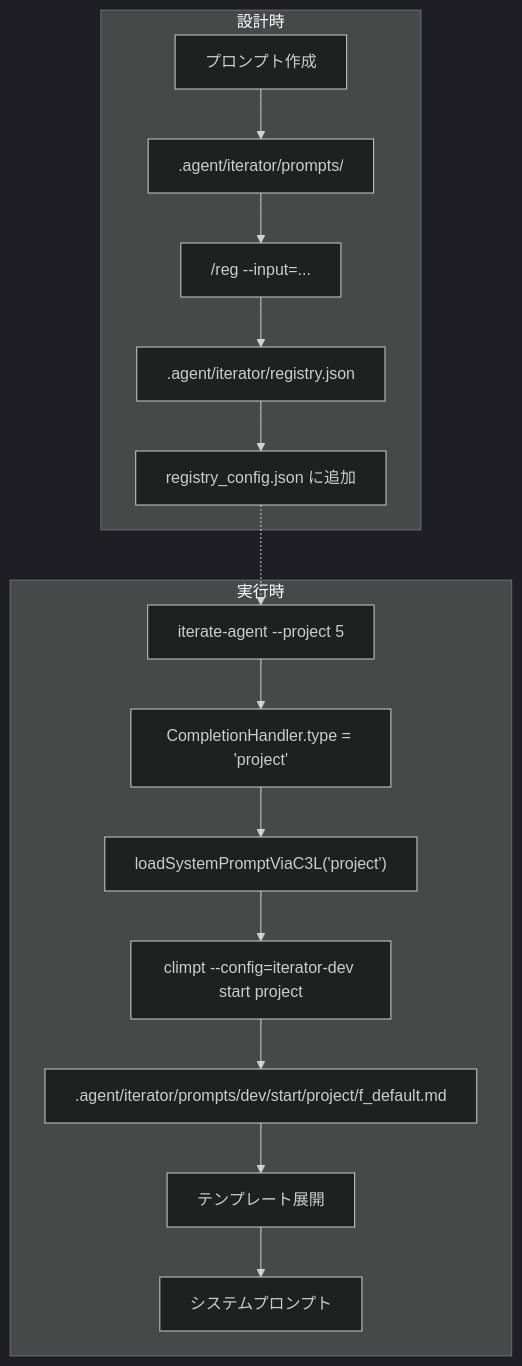
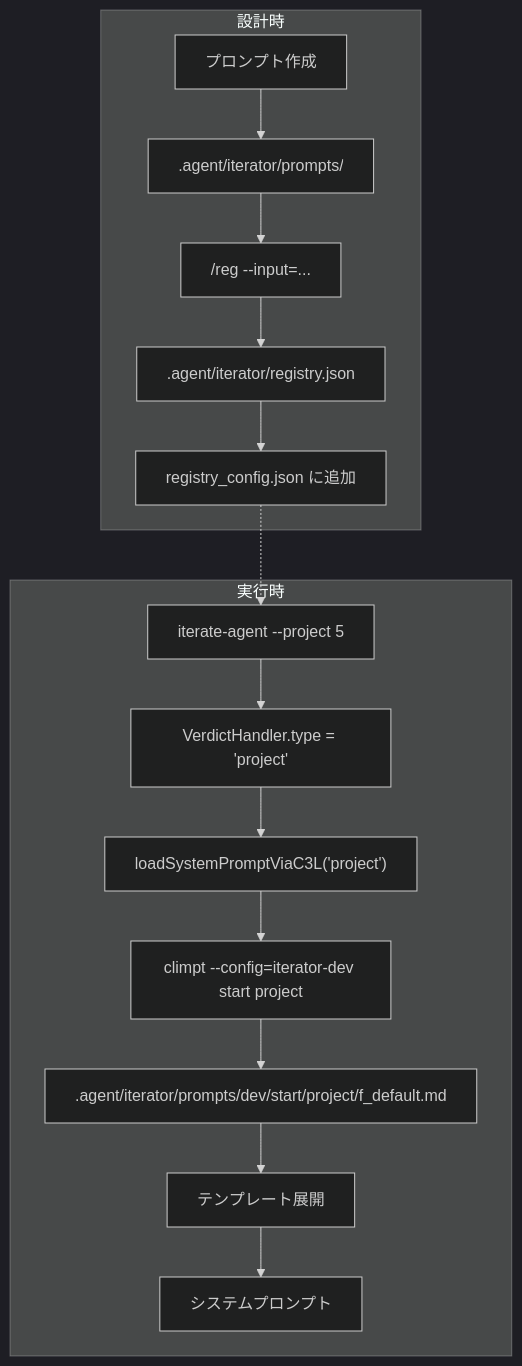
The sixth of 6 diagrams in docs/internal/iterate-agent-c3l-integration.ja.md (tettuan/climpt), drawn with Mermaid (dark theme) before and after one commit. The commit also changed other lines of this file and 8 other files, not shown here.

````diff
--- a/docs/internal/iterate-agent-c3l-integration.ja.md
+++ b/docs/internal/iterate-agent-c3l-integration.ja.md
@@ -378,21 +378,21 @@
 ```mermaid
 flowchart TD
     subgraph "設計時"
         A["プロンプト作成"] --> B[".agent/iterator/prompts/"]
         B --> C["/reg --input=..."]
         C --> D[".agent/iterator/registry.json"]
         D --> E["registry_config.json に追加"]
     end
 
     subgraph "実行時"
         F["iterate-agent --project 5"]
-        F --> G["CompletionHandler.type = 'project'"]
+        F --> G["VerdictHandler.type = 'project'"]
         G --> H["loadSystemPromptViaC3L('project')"]
         H --> I["climpt --config=iterator-dev start project"]
         I --> J[".agent/iterator/prompts/dev/start/project/f_default.md"]
         J --> K["テンプレート展開"]
         K --> L["システムプロンプト"]
     end
 
     E -.-> F
 ```
````
